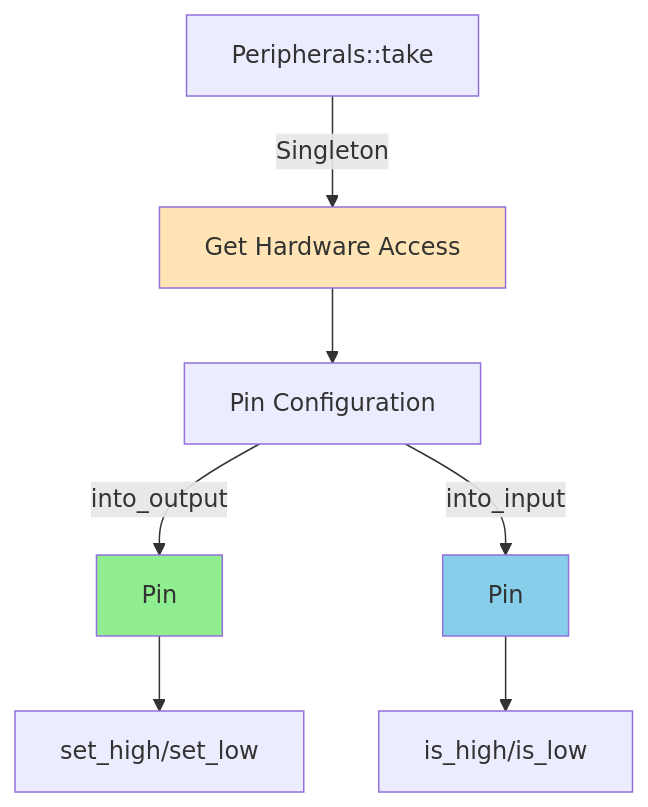
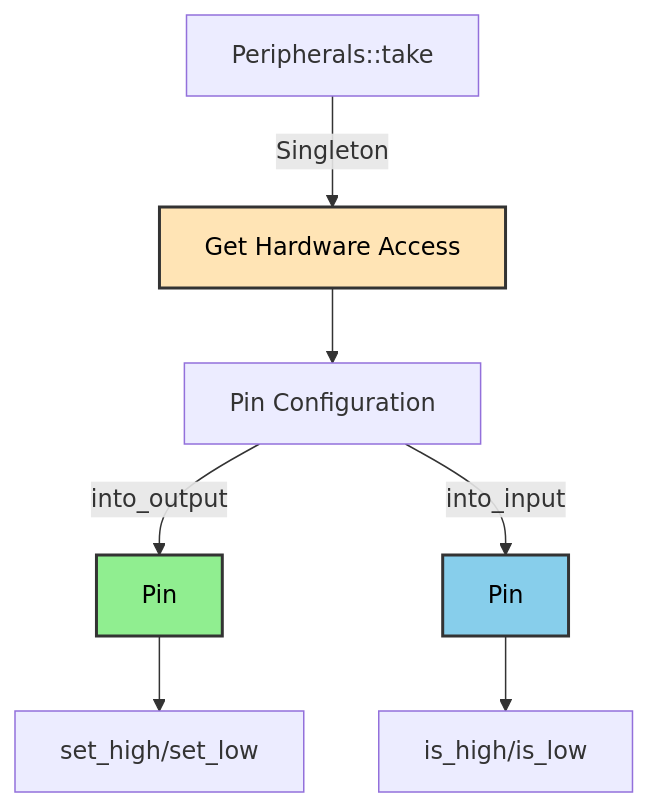
Before and after one commit to ScopeCreep-zip/ossidata: the third of 5 diagrams in docs/GETTING_STARTED.md, drawn with Mermaid. The commit also changed other lines of this file and 4 other files, not shown here.

Commit message:
Update to mermaid diagrams to be more readable

````diff
--- a/docs/GETTING_STARTED.md
+++ b/docs/GETTING_STARTED.md
@@ -326,14 +326,14 @@
 ```mermaid
 graph TD
     A[Peripherals::take] -->|Singleton| B[Get Hardware Access]
     B --> C[Pin Configuration]
     C -->|into_output| D[Pin<D13, Output>]
     C -->|into_input| E[Pin<D13, Input>]
 
     D --> F[set_high/set_low]
     E --> G[is_high/is_low]
 
-    style D fill:#90EE90
-    style E fill:#87CEEB
-    style B fill:#FFE4B5
+    style D fill:#90EE90,stroke:#333,stroke-width:2px,color:#000
+    style E fill:#87CEEB,stroke:#333,stroke-width:2px,color:#000
+    style B fill:#FFE4B5,stroke:#333,stroke-width:2px,color:#000
 ```
````
